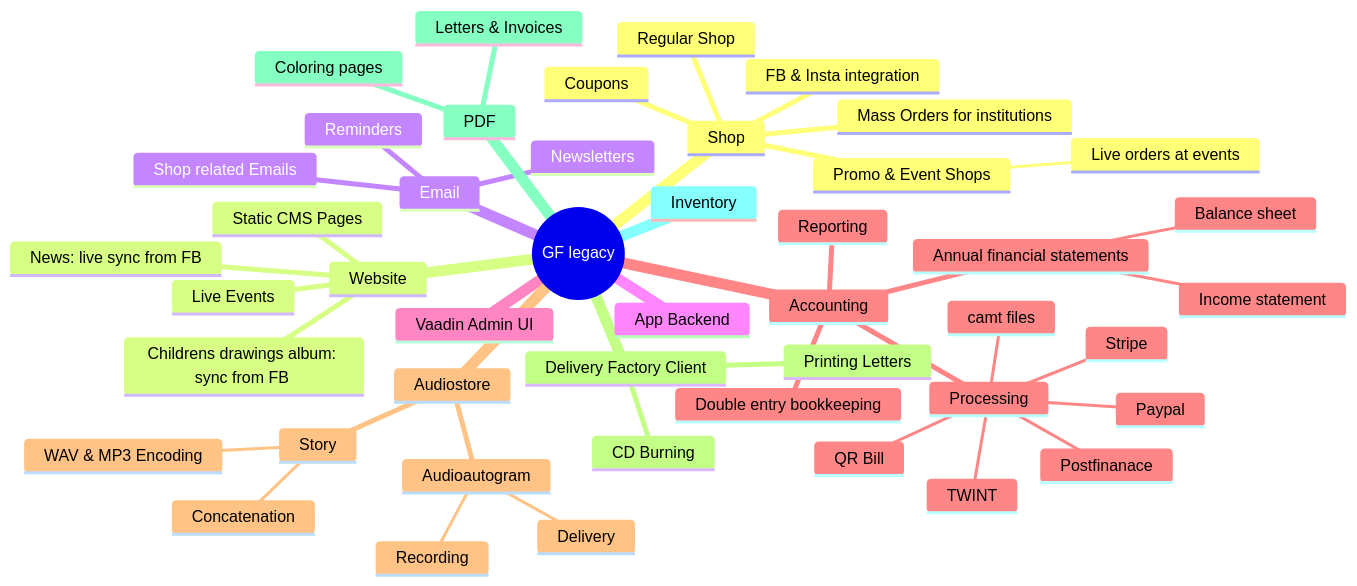
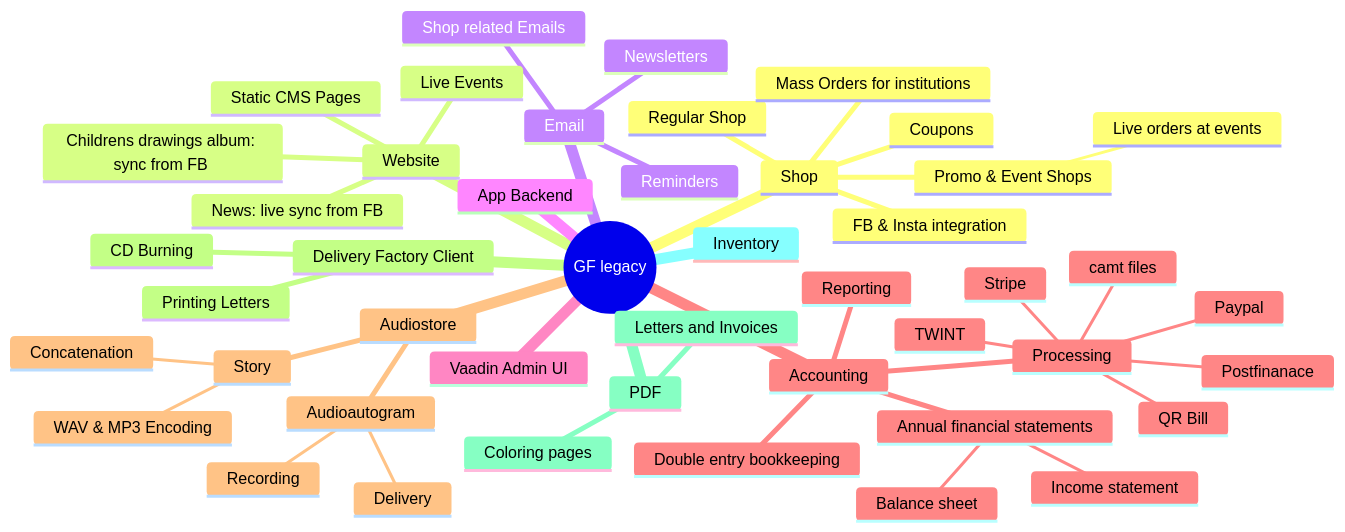
The diagram in nbs/gschichtefritz.ch-legacy.mmd (mtln/matlon), drawn with Mermaid before and after one commit. The commit also changed 6 other files, not shown here.

````diff
--- a/nbs/gschichtefritz.ch-legacy.mmd
+++ b/nbs/gschichtefritz.ch-legacy.mmd
@@ -12,49 +12,49 @@
 ```{mermaid}
 mindmap
   root((GF legacy))
     Shop
       Regular Shop
       Promo & Event Shops
         Live orders at events
       Coupons
       Mass Orders for institutions
       FB & Insta integration
     Website
       News: live sync from FB
       Childrens drawings album: sync from FB 
       Live Events
       Static CMS Pages
     Email
       Shop related Emails
       Newsletters
       Reminders
     App Backend
     Vaadin Admin UI
     Accounting
       Processing
         TWINT
         QR Bill
         Stripe
         Paypal
         Postfinanace
         camt files
       Double entry bookkeeping
       Reporting
       Annual financial statements
         Balance sheet
         Income statement
     Audiostore
       Audioautogram
         Recording
         Delivery
       Story
         Concatenation
         WAV & MP3 Encoding
     Delivery Factory Client
       CD Burning
       Printing Letters
     PDF
-      Letters & Invoices
+      Letters and Invoices
       Coloring pages
     Inventory
 ```
````
